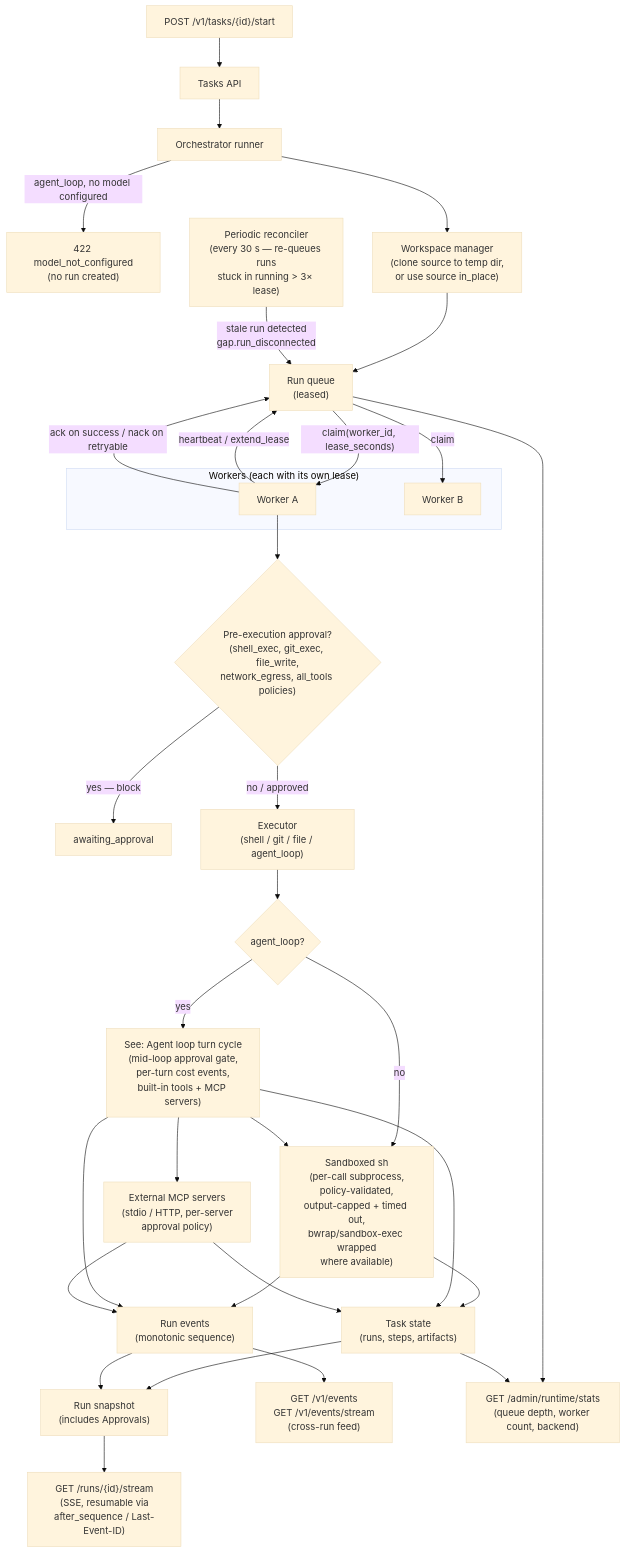
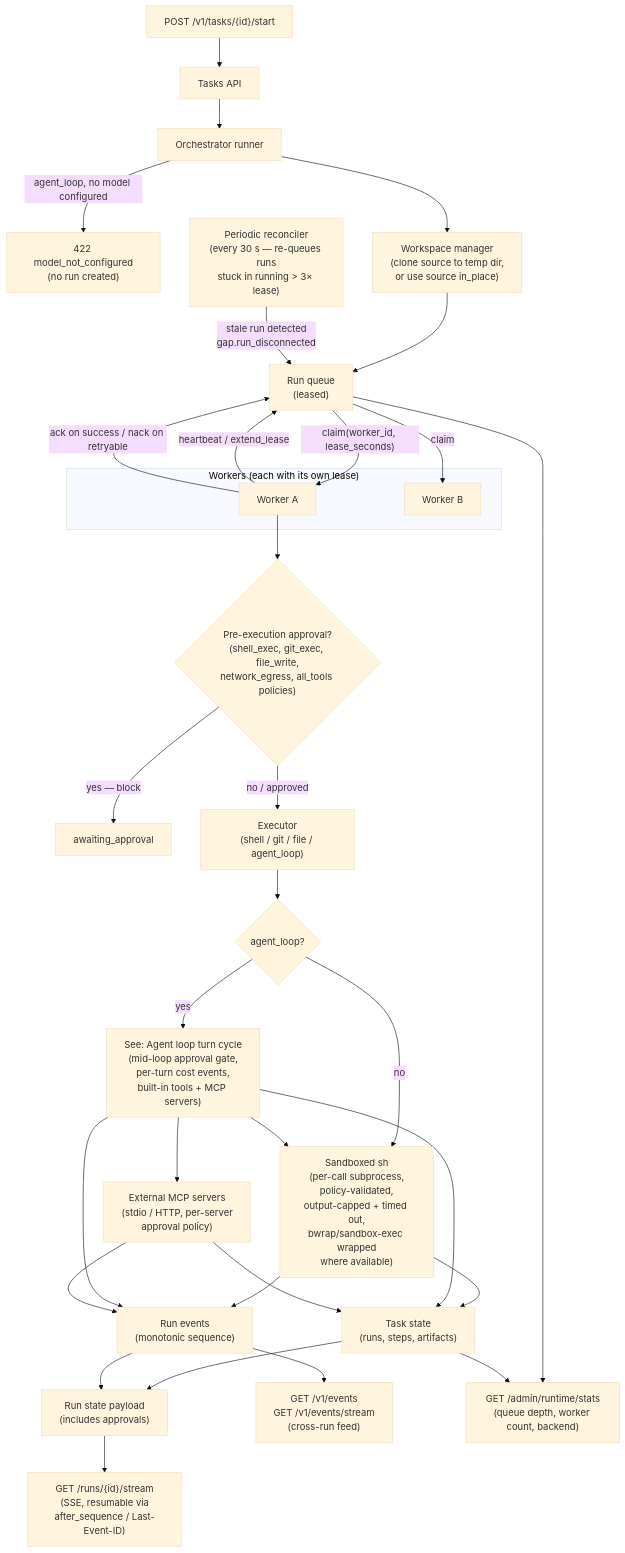
One commit to hecatehq/hecate changed the second of 3 diagrams in docs/architecture.md. Above: the diagram before and after it, drawn with Mermaid (base theme). The commit also changed other lines of this file and 7 other files, not shown here.

````diff
--- a/docs/architecture.md
+++ b/docs/architecture.md
@@ -53,47 +54,47 @@
 ```mermaid
 flowchart TD
     Caller["POST /v1/tasks/{id}/start"] --> TasksApi["Tasks API"]
     TasksApi --> Runner["Orchestrator runner"]
     Runner -->|"agent_loop, no model configured"| ErrModel["422 model_not_configured<br/>(no run created)"]
     Runner --> Workspace["Workspace manager<br/>(clone source to temp dir,<br/>or use source in_place)"]
     Workspace --> Queue["Run queue<br/>(leased)"]
 
     Reconciler["Periodic reconciler<br/>(every 30 s — re-queues runs<br/>stuck in running > 3× lease)"]
     Reconciler -->|"stale run detected<br/>gap.run_disconnected"| Queue
 
     subgraph Workers["Workers (each with its own lease)"]
         WorkerA["Worker A"]
         WorkerB["Worker B"]
     end
 
     Queue -->|"claim(worker_id, lease_seconds)"| WorkerA
     Queue -->|"claim"| WorkerB
     WorkerA -->|"heartbeat / extend_lease"| Queue
     WorkerA -->|"ack on success / nack on retryable"| Queue
 
     WorkerA --> PreApproval{"Pre-execution approval?<br/>(shell_exec, git_exec, file_write,<br/>network_egress, all_tools policies)"}
     PreApproval -->|"yes — block"| Pending["awaiting_approval"]
     PreApproval -->|"no / approved"| Executor
 
     Executor["Executor<br/>(shell / git / file / agent_loop)"]
     Executor --> AgentLoop{"agent_loop?"}
     AgentLoop -->|"yes"| LoopRef["See: Agent loop turn cycle<br/>(mid-loop approval gate,<br/>per-turn cost events,<br/>built-in tools + MCP servers)"]
     AgentLoop -->|"no"| Sandbox["Sandboxed sh<br/>(per-call subprocess,<br/>policy-validated,<br/>output-capped + timed out,<br/>bwrap/sandbox-exec wrapped<br/>where available)"]
     LoopRef --> Sandbox
     LoopRef --> McpServers["External MCP servers<br/>(stdio / HTTP, per-server<br/>approval policy)"]
 
     Sandbox --> State["Task state<br/>(runs, steps, artifacts)"]
     LoopRef --> State
     McpServers --> State
     Sandbox --> RunEvents["Run events<br/>(monotonic sequence)"]
     LoopRef --> RunEvents
     McpServers --> RunEvents
 
-    State --> Snapshot["Run snapshot<br/>(includes Approvals)"]
+    State --> Snapshot["Run state payload<br/>(includes approvals)"]
     RunEvents --> Snapshot
     Snapshot --> Stream["GET /runs/{id}/stream<br/>(SSE, resumable via<br/>after_sequence / Last-Event-ID)"]
     RunEvents --> PublicEvents["GET /v1/events<br/>GET /v1/events/stream<br/>(cross-run feed)"]
 
     Queue --> Stats["GET /admin/runtime/stats<br/>(queue depth, worker count, backend)"]
     State --> Stats
 ```
````
